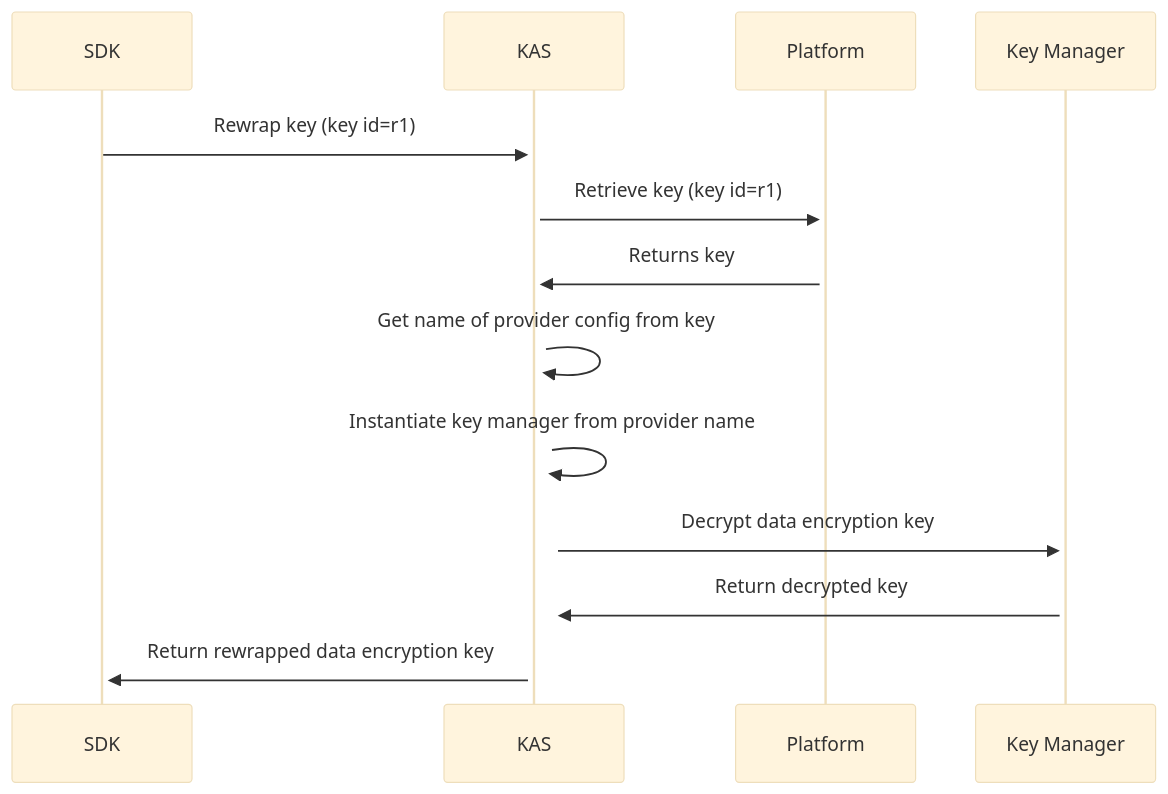
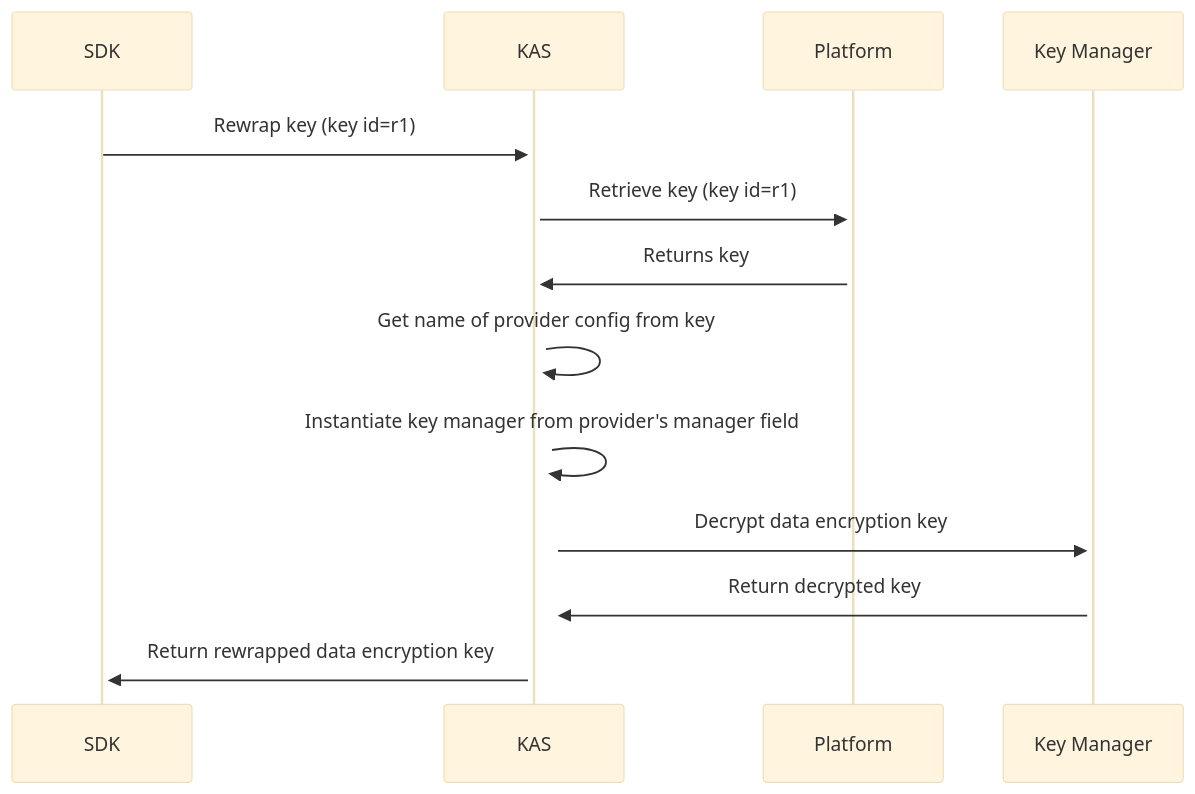
One commit to opentdf/docs changed the diagram in docs/components/policy/keymanagement/key_managers.md. Above: the diagram before and after it, drawn with Mermaid (base theme). The commit also changed other lines of this file, not shown here.

Commit message:
replace name with manager.

````diff
--- a/docs/components/policy/keymanagement/key_managers.md
+++ b/docs/components/policy/keymanagement/key_managers.md
@@ -36,11 +36,11 @@
 ```mermaid
 sequenceDiagram
     SDK->>+KAS: Rewrap key (key id=r1)
     KAS->>+Platform: Retrieve key (key id=r1)
     Platform->>+KAS: Returns key
     KAS->>+KAS: Get name of provider config from key
-    KAS->>+KAS: Instantiate key manager from provider name
+    KAS->>+KAS: Instantiate key manager from provider's manager field
     KAS->>+Key Manager: Decrypt data encryption key
     Key Manager->>+KAS: Return decrypted key
     KAS->>+SDK: Return rewrapped data encryption key
 ```
````
